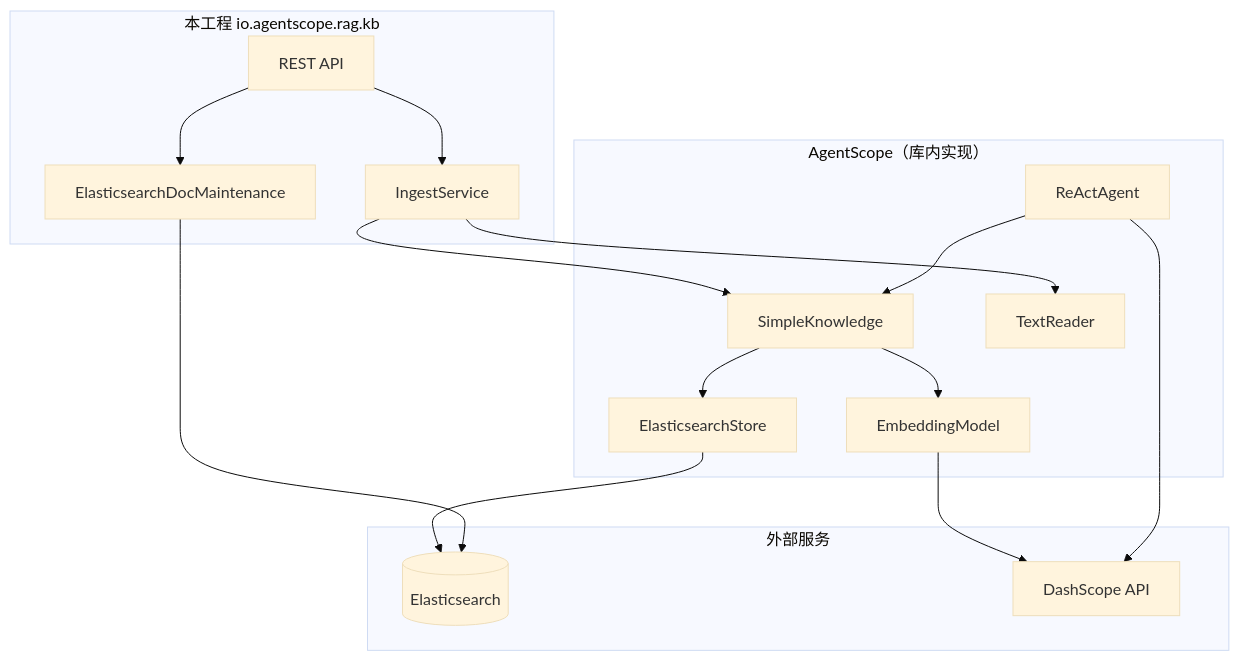
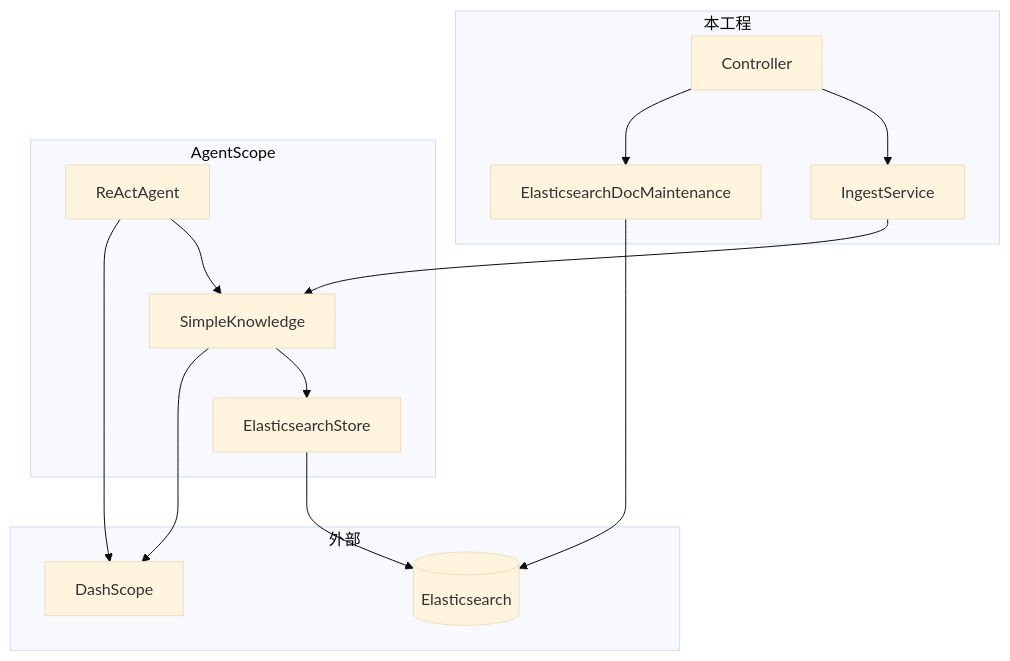
The first of 2 diagrams in README.md (qjli/agentscope-rag-es), drawn with Mermaid (base theme) before and after one commit. The commit also changed other lines of this file, not shown here.

````diff
--- a/README.md
+++ b/README.md
@@ -39,33 +44,25 @@
 ```mermaid
 flowchart TB
-    subgraph app["本工程 io.agentscope.rag.kb"]
-        API[REST API]
-        ING[IngestService]
-        MAINT[ElasticsearchDocMaintenance]
-        API --> ING
-        API --> MAINT
+    subgraph app["本工程"]
+        C[Controller]
+        I[IngestService]
+        M[ElasticsearchDocMaintenance]
+        C --> I & M
     end
-
-    subgraph as["AgentScope（库内实现）"]
+    subgraph as["AgentScope"]
         SK[SimpleKnowledge]
-        EM[EmbeddingModel]
-        TR[TextReader]
         VS[ElasticsearchStore]
         AG[ReActAgent]
-        SK --> EM
         SK --> VS
-        ING --> SK
-        ING --> TR
         AG --> SK
+        I --> SK
     end
-
-    subgraph ext["外部服务"]
+    subgraph ext["外部"]
         ES[(Elasticsearch)]
-        DS[DashScope API]
+        DS[DashScope]
     end
-
     VS --> ES
-    EM --> DS
+    SK --> DS
     AG --> DS
-    MAINT --> ES
+    M --> ES
 ```
````
